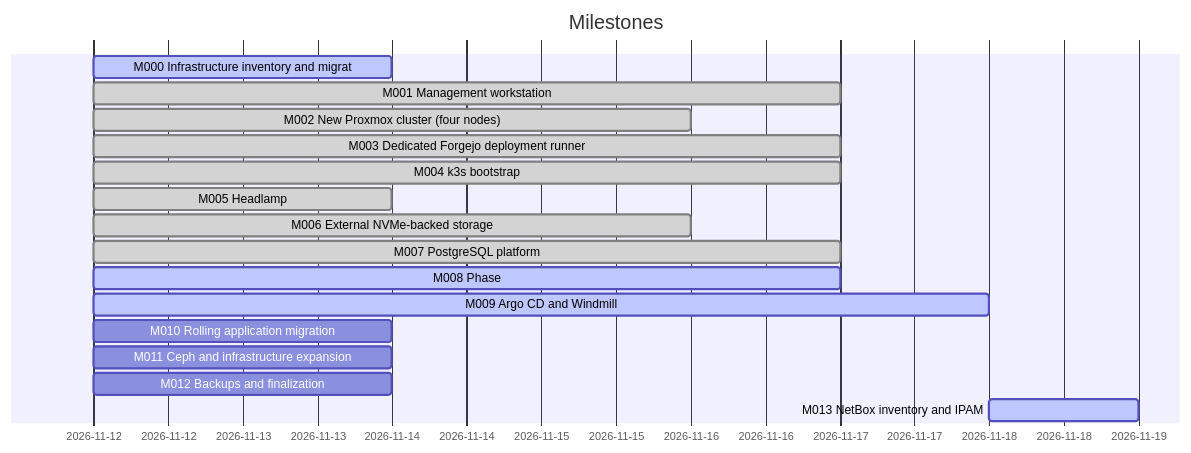
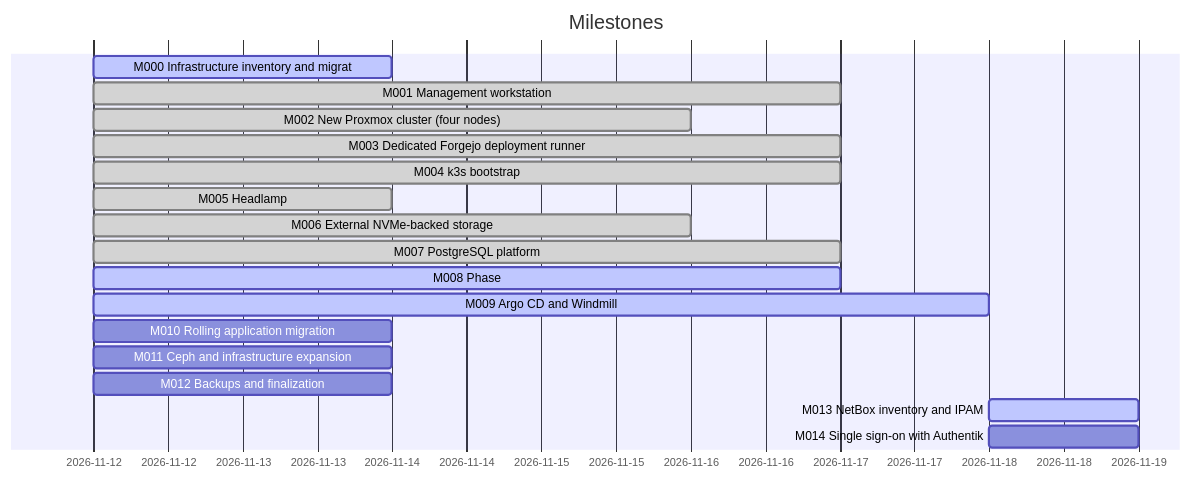
The diagram in docs/dashboard.md (doku-code/homelab-iac), drawn with Mermaid before and after one commit. The commit also changed other lines of this file and 13 other files, not shown here.

Commit message:
feat(authentik): sign-in through Authentik for Argo CD, Grafana, NetBox and Windmill, local administrators kept (TASK-026)

````diff
--- a/docs/dashboard.md
+++ b/docs/dashboard.md
@@ -36,19 +37,20 @@
 ```mermaid
 gantt
     dateFormat YYYY-MM-DD
     title Milestones
     M000 Infrastructure inventory and migrat :active, m000, 2026-11-12, 2026-11-14
     M001 Management workstation :done, m001, 2026-11-12, 2026-11-17
     M002 New Proxmox cluster (four nodes) :done, m002, 2026-11-12, 2026-11-16
     M003 Dedicated Forgejo deployment runner :done, m003, 2026-11-12, 2026-11-17
     M004 k3s bootstrap :done, m004, 2026-11-12, 2026-11-17
     M005 Headlamp :done, m005, 2026-11-12, 2026-11-14
     M006 External NVMe-backed storage :done, m006, 2026-11-12, 2026-11-16
     M007 PostgreSQL platform :done, m007, 2026-11-12, 2026-11-17
     M008 Phase :active, m008, 2026-11-12, 2026-11-17
     M009 Argo CD and Windmill :active, m009, 2026-11-12, 2026-11-18
     M010 Rolling application migration :m010, 2026-11-12, 2026-11-14
     M011 Ceph and infrastructure expansion :m011, 2026-11-12, 2026-11-14
     M012 Backups and finalization :m012, 2026-11-12, 2026-11-14
     M013 NetBox inventory and IPAM :active, m013, 2026-11-18, 2026-11-19
+    M014 Single sign-on with Authentik :m014, 2026-11-18, 2026-11-19
 ```
````
